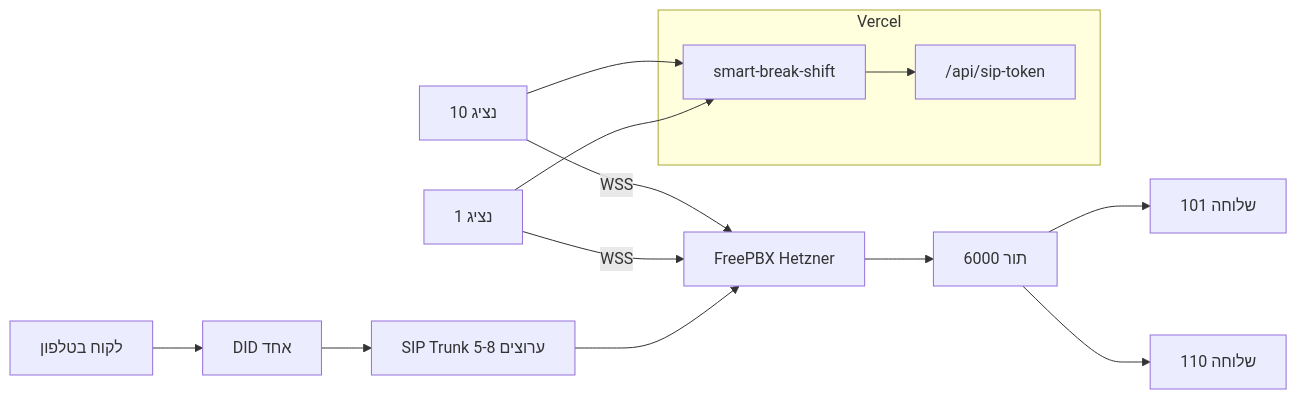
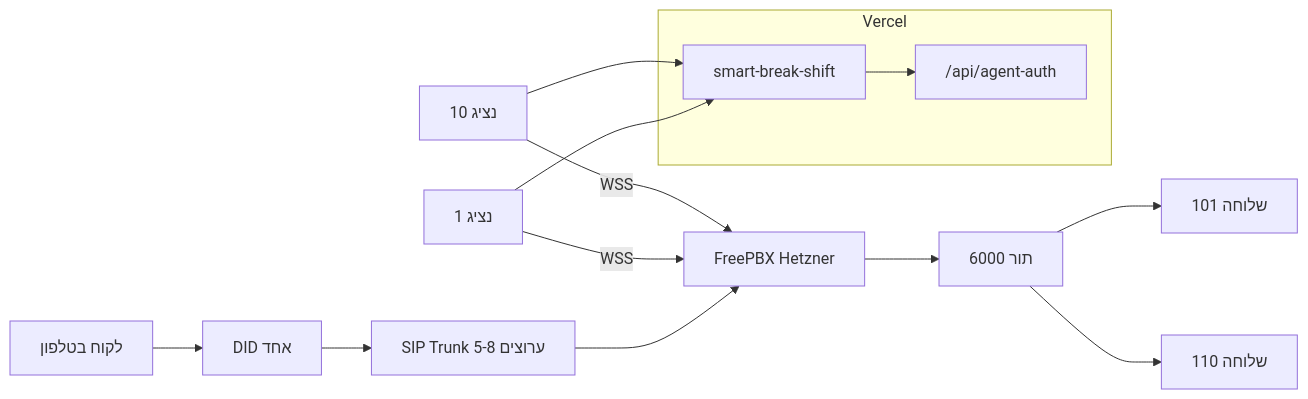
One commit to asaf2310-boop/smart-break-shift changed the diagram in docs/SELF_HOSTED_PBX.md. Above: the diagram before and after it, drawn with Mermaid. The commit also changed other lines of this file and 21 other files, not shown here.

````diff
--- a/docs/SELF_HOSTED_PBX.md
+++ b/docs/SELF_HOSTED_PBX.md
@@ -23,18 +23,18 @@
 ```mermaid
 flowchart LR
   PSTN[לקוח בטלפון] --> DID[DID אחד]
   DID --> TRUNK[SIP Trunk 5-8 ערוצים]
   TRUNK --> FP[FreePBX Hetzner]
   FP --> Q[תור 6000]
   Q --> E101[שלוחה 101]
   Q --> E110[שלוחה 110]
   subgraph vercel [Vercel]
     APP[smart-break-shift]
-    API["/api/sip-token"]
+    API["/api/agent-auth"]
   end
   N1[נציג 1] --> APP
   N10[נציג 10] --> APP
   APP --> API
   N1 -->|WSS| FP
   N10 -->|WSS| FP
 ```
````
